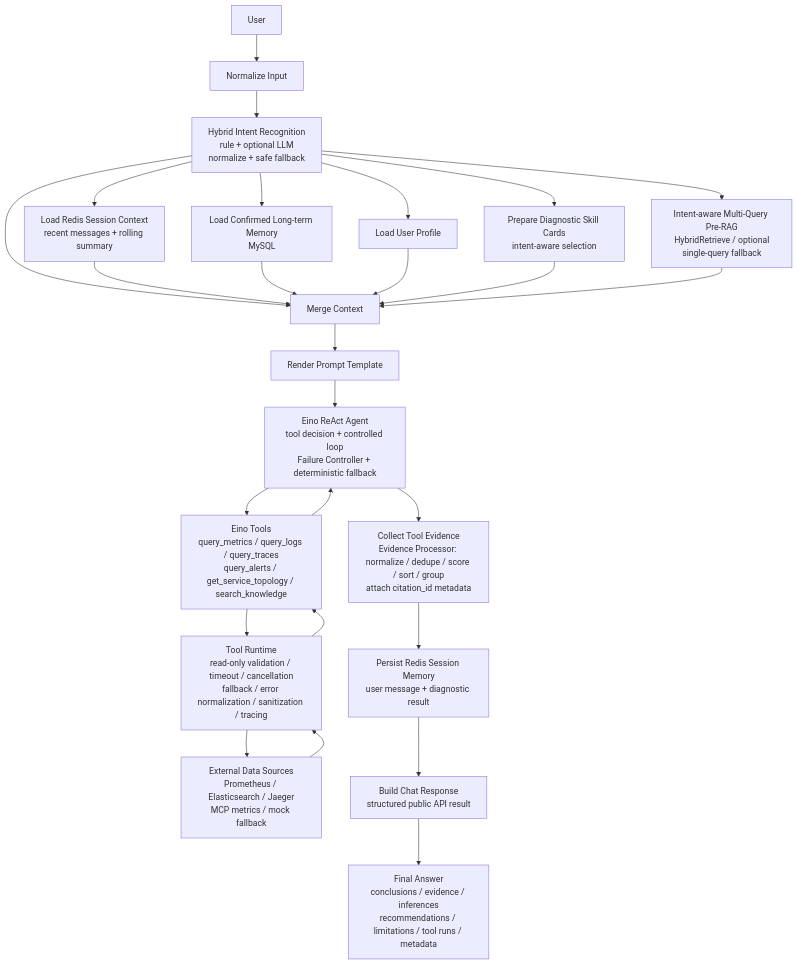
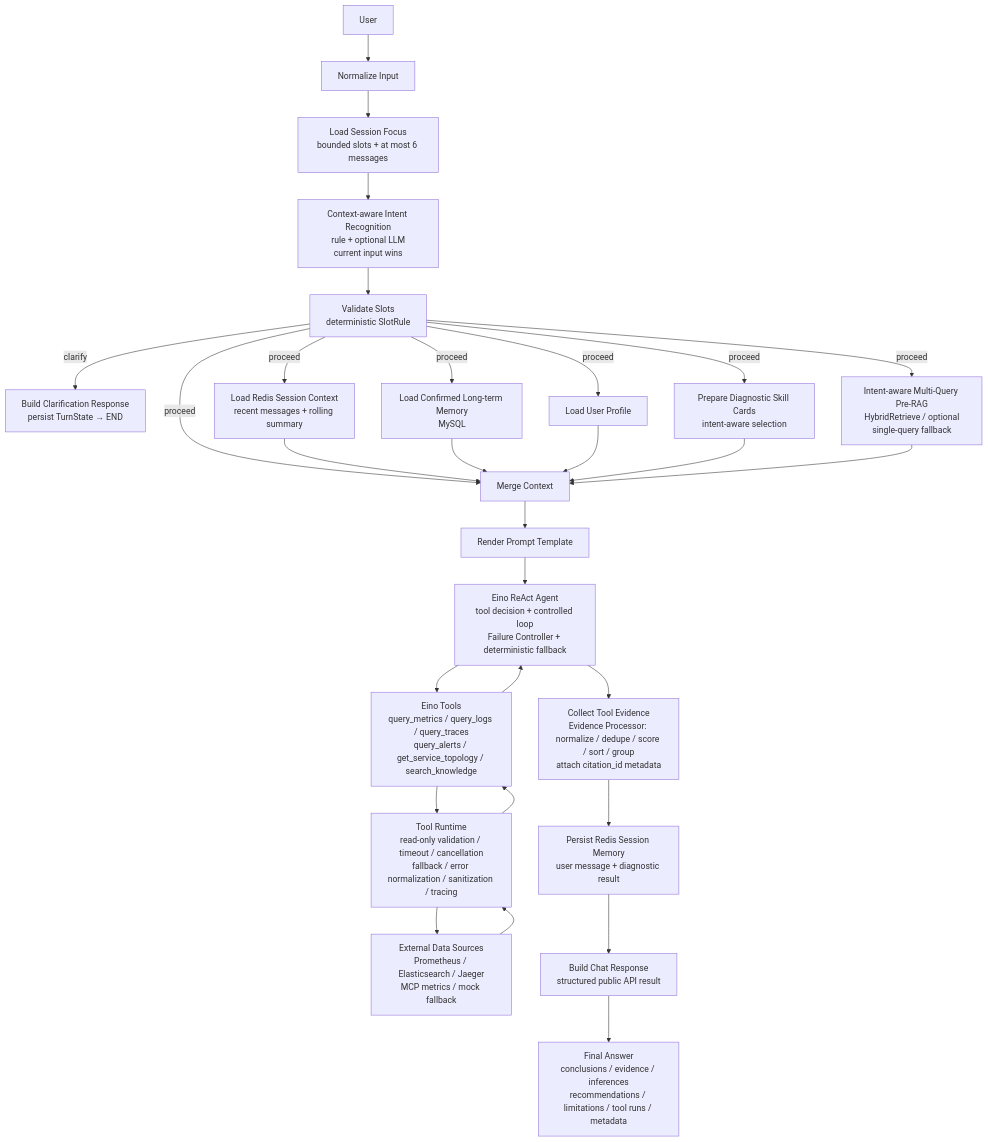
One commit to jiawei-wang-dev/WatchOps-Lite changed the third of 9 diagrams in README.md. Above: the diagram before and after it, drawn with Mermaid. The commit also changed other lines of this file and 37 other files, not shown here.

Commit message:
feat: add context-aware clarification and node-level eval

````diff
--- a/README.md
+++ b/README.md
@@ -130,41 +130,43 @@
 ```mermaid
 flowchart TB
     U["User"] --> N["Normalize Input"]
+    N --> SF["Load Session Focus<br/>bounded slots + at most 6 messages"]
+    SF --> I["Context-aware Intent Recognition<br/>rule + optional LLM<br/>current input wins"]
+    I --> VS["Validate Slots<br/>deterministic SlotRule"]
+    VS -->|"clarify"| CR["Build Clarification Response<br/>persist TurnState → END"]
 
-    N --> I["Hybrid Intent Recognition<br/>rule + optional LLM<br/>normalize + safe fallback"]
+    VS -->|"proceed"| SC["Load Redis Session Context<br/>recent messages + rolling summary"]
+    VS -->|"proceed"| LM["Load Confirmed Long-term Memory<br/>MySQL"]
+    VS -->|"proceed"| PF["Load User Profile"]
+    VS -->|"proceed"| SK["Prepare Diagnostic Skill Cards<br/>intent-aware selection"]
+    VS -->|"proceed"| RAG["Intent-aware Multi-Query Pre-RAG<br/>HybridRetrieve / optional<br/>single-query fallback"]
 
-    I --> SC["Load Redis Session Context<br/>recent messages + rolling summary"]
-    I --> LM["Load Confirmed Long-term Memory<br/>MySQL"]
-    I --> PF["Load User Profile"]
-    I --> SK["Prepare Diagnostic Skill Cards<br/>intent-aware selection"]
-    I --> RAG["Intent-aware Multi-Query Pre-RAG<br/>HybridRetrieve / optional<br/>single-query fallback"]
-
-    I --> MC["Merge Context"]
+    VS -->|"proceed"| MC["Merge Context"]
     SC --> MC
     LM --> MC
     PF --> MC
     SK --> MC
     RAG --> MC
 
     MC --> PR["Render Prompt Template"]
 
     PR --> A["Eino ReAct Agent<br/>tool decision + controlled loop<br/>Failure Controller + deterministic fallback"]
 
     A --> ET["Eino Tools<br/>query_metrics / query_logs / query_traces<br/>query_alerts / get_service_topology / search_knowledge"]
 
     ET --> RT["Tool Runtime<br/>read-only validation / timeout / cancellation<br/>fallback / error normalization / sanitization / tracing"]
 
     RT --> DS["External Data Sources<br/>Prometheus / Elasticsearch / Jaeger<br/>MCP metrics / mock fallback"]
 
     DS --> RT
     RT --> ET
     ET --> A
 
     A --> CE["Collect Tool Evidence<br/>Evidence Processor: normalize / dedupe / score / sort / group<br/>attach citation_id metadata"]
 
     CE --> PS["Persist Redis Session Memory<br/>user message + diagnostic result"]
 
     PS --> BR["Build Chat Response<br/>structured public API result"]
 
     BR --> F["Final Answer<br/>conclusions / evidence / inferences<br/>recommendations / limitations / tool runs / metadata"]
 ```
````
